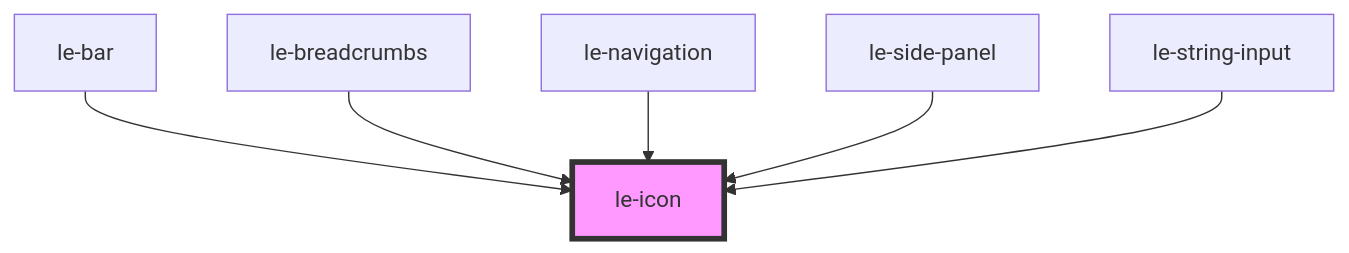
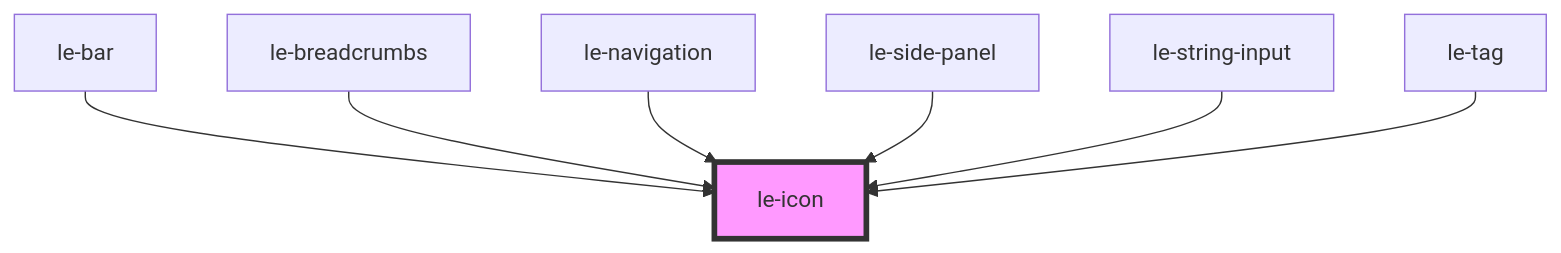
The diagram in packages/core/src/components/le-icon/readme.md (leechy/le-kit), drawn with Mermaid before and after one commit. The commit also changed other lines of this file and 7 other files, not shown here.

````diff
--- a/packages/core/src/components/le-icon/readme.md
+++ b/packages/core/src/components/le-icon/readme.md
@@ -27,9 +28,10 @@
 ```mermaid
 graph TD;
   le-bar --> le-icon
   le-breadcrumbs --> le-icon
   le-navigation --> le-icon
   le-side-panel --> le-icon
   le-string-input --> le-icon
+  le-tag --> le-icon
   style le-icon fill:#f9f,stroke:#333,stroke-width:4px
 ```
````
